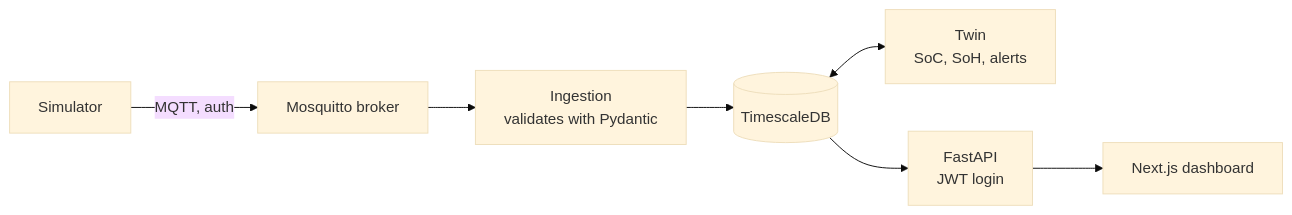
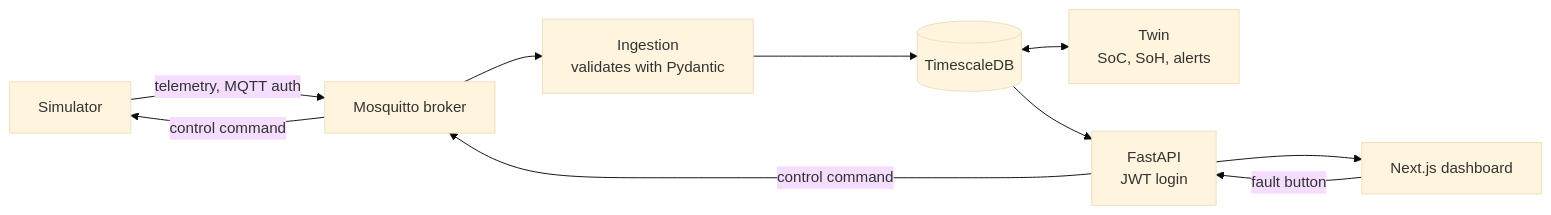
The diagram in README.md (Farhat-Iqbal/battery-twin), drawn with Mermaid (base theme) before and after one commit. The commit also changed other lines of this file, not shown here.

````diff
--- a/README.md
+++ b/README.md
@@ -15,9 +15,12 @@
 ```mermaid
 flowchart LR
-    SIM[Simulator] -->|MQTT, auth| MQ[Mosquitto broker]
+    SIM[Simulator] -->|telemetry, MQTT auth| MQ[Mosquitto broker]
     MQ --> ING[Ingestion<br/>validates with Pydantic]
     ING --> DB[(TimescaleDB)]
     DB <--> TW[Twin<br/>SoC, SoH, alerts]
     DB --> API[FastAPI<br/>JWT login]
     API --> DASH[Next.js dashboard]
+    DASH -->|fault button| API
+    API -->|control command| MQ
+    MQ -->|control command| SIM
 ```
````
